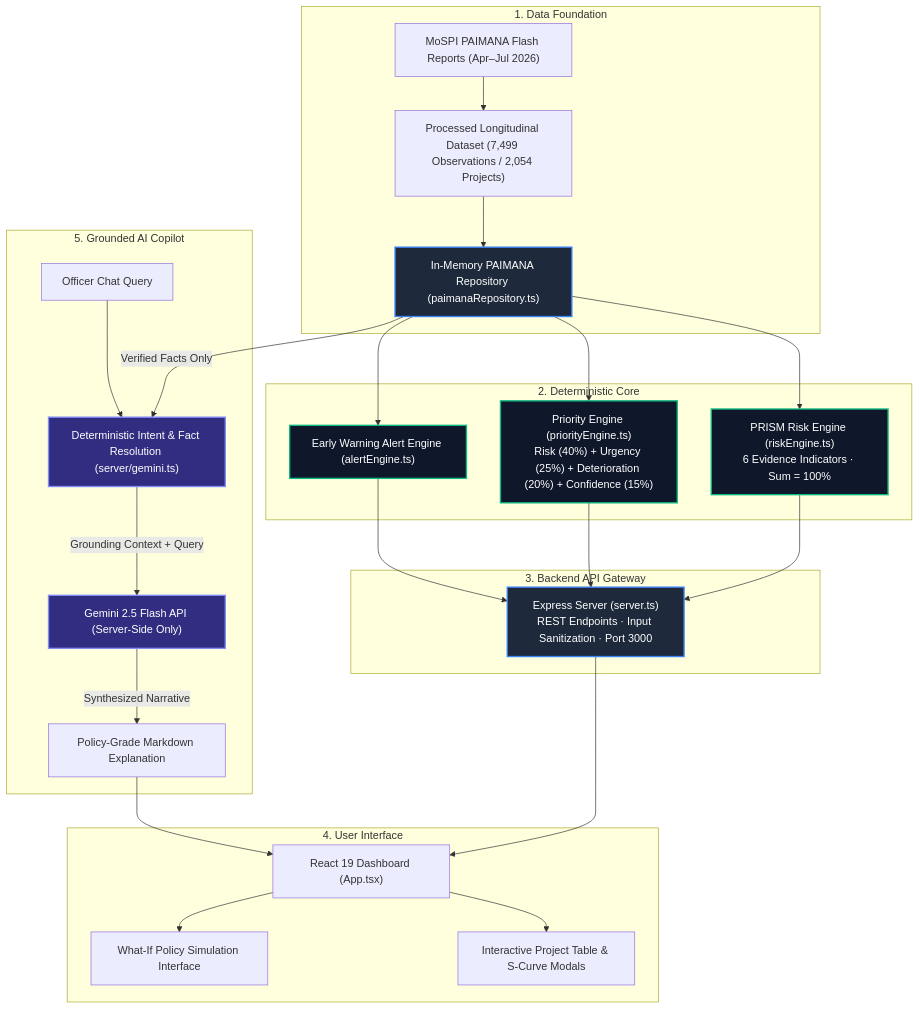
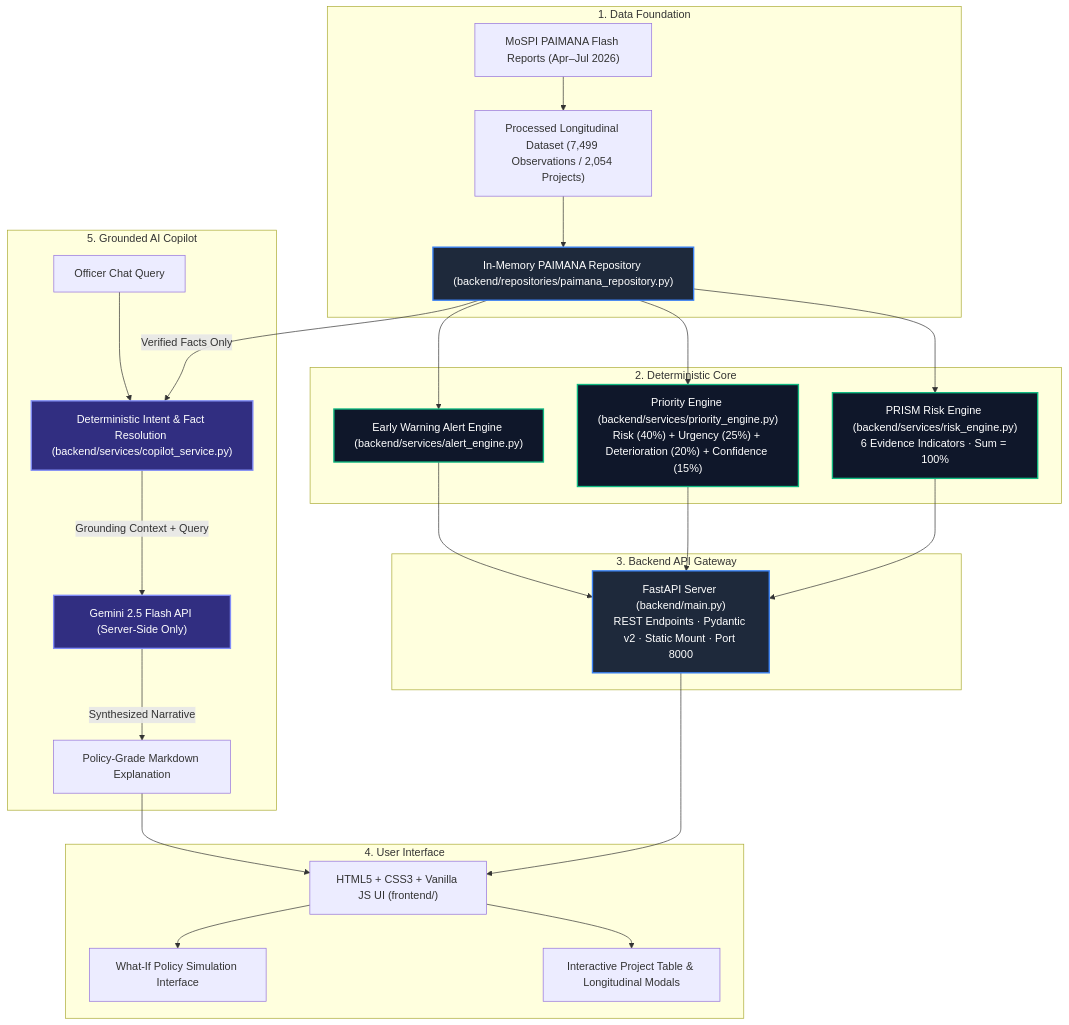
One commit to abhinavg138/PRISM changed the diagram in README.md. Above: the diagram before and after it, drawn with Mermaid. The commit also changed other lines of this file and 62 other files, not shown here.

````diff
--- a/README.md
+++ b/README.md
@@ -70,54 +70,54 @@
 ```mermaid
 flowchart TD
     subgraph Data_Ingestion ["1. Data Foundation"]
         MOSPI["MoSPI PAIMANA Flash Reports (Apr–Jul 2026)"]
         DATASET["Processed Longitudinal Dataset (7,499 Observations / 2,054 Projects)"]
-        REPO["In-Memory PAIMANA Repository (paimanaRepository.ts)"]
+        REPO["In-Memory PAIMANA Repository (backend/repositories/paimana_repository.py)"]
         MOSPI --> DATASET --> REPO
     end
 
     subgraph Deterministic_Engines ["2. Deterministic Core"]
-        RISK["PRISM Risk Engine (riskEngine.ts)<br/>6 Evidence Indicators · Sum = 100%"]
-        PRIORITY["Priority Engine (priorityEngine.ts)<br/>Risk (40%) + Urgency (25%) + Deterioration (20%) + Confidence (15%)"]
-        ALERTS["Early Warning Alert Engine (alertEngine.ts)"]
+        RISK["PRISM Risk Engine (backend/services/risk_engine.py)<br/>6 Evidence Indicators · Sum = 100%"]
+        PRIORITY["Priority Engine (backend/services/priority_engine.py)<br/>Risk (40%) + Urgency (25%) + Deterioration (20%) + Confidence (15%)"]
+        ALERTS["Early Warning Alert Engine (backend/services/alert_engine.py)"]
         REPO --> RISK
         REPO --> PRIORITY
         REPO --> ALERTS
     end
 
     subgraph API_Layer ["3. Backend API Gateway"]
-        EXPRESS["Express Server (server.ts)<br/>REST Endpoints · Input Sanitization · Port 3000"]
-        RISK --> EXPRESS
-        PRIORITY --> EXPRESS
-        ALERTS --> EXPRESS
+        FASTAPI["FastAPI Server (backend/main.py)<br/>REST Endpoints · Pydantic v2 · Static Mount · Port 8000"]
+        RISK --> FASTAPI
+        PRIORITY --> FASTAPI
+        ALERTS --> FASTAPI
     end
 
     subgraph Client_App ["4. User Interface"]
-        DASH["React 19 Dashboard (App.tsx)"]
-        TABLE["Interactive Project Table & S-Curve Modals"]
+        DASH["HTML5 + CSS3 + Vanilla JS UI (frontend/)"]
+        TABLE["Interactive Project Table & Longitudinal Modals"]
         SIM["What-If Policy Simulation Interface"]
-        EXPRESS --> DASH
+        FASTAPI --> DASH
         DASH --> TABLE
         DASH --> SIM
     end
 
     subgraph AI_Intelligence ["5. Grounded AI Copilot"]
         USER["Officer Chat Query"]
-        INTENT["Deterministic Intent & Fact Resolution (server/gemini.ts)"]
+        INTENT["Deterministic Intent & Fact Resolution (backend/services/copilot_service.py)"]
         GEMINI["Gemini 2.5 Flash API (Server-Side Only)"]
         RESP["Policy-Grade Markdown Explanation"]
         
         USER --> INTENT
         REPO -->|Verified Facts Only| INTENT
         INTENT -->|Grounding Context + Query| GEMINI
         GEMINI -->|Synthesized Narrative| RESP
         RESP --> DASH
     end
 
     classDef core fill:#1e293b,stroke:#3b82f6,stroke-width:2px,color:#fff;
     classDef engine fill:#0f172a,stroke:#10b981,stroke-width:2px,color:#fff;
     classDef ai fill:#312e81,stroke:#818cf8,stroke-width:2px,color:#fff;
     class RISK,PRIORITY,ALERTS engine;
     class GEMINI,INTENT ai;
-    class REPO,EXPRESS core;
+    class REPO,FASTAPI core;
 ```
````
